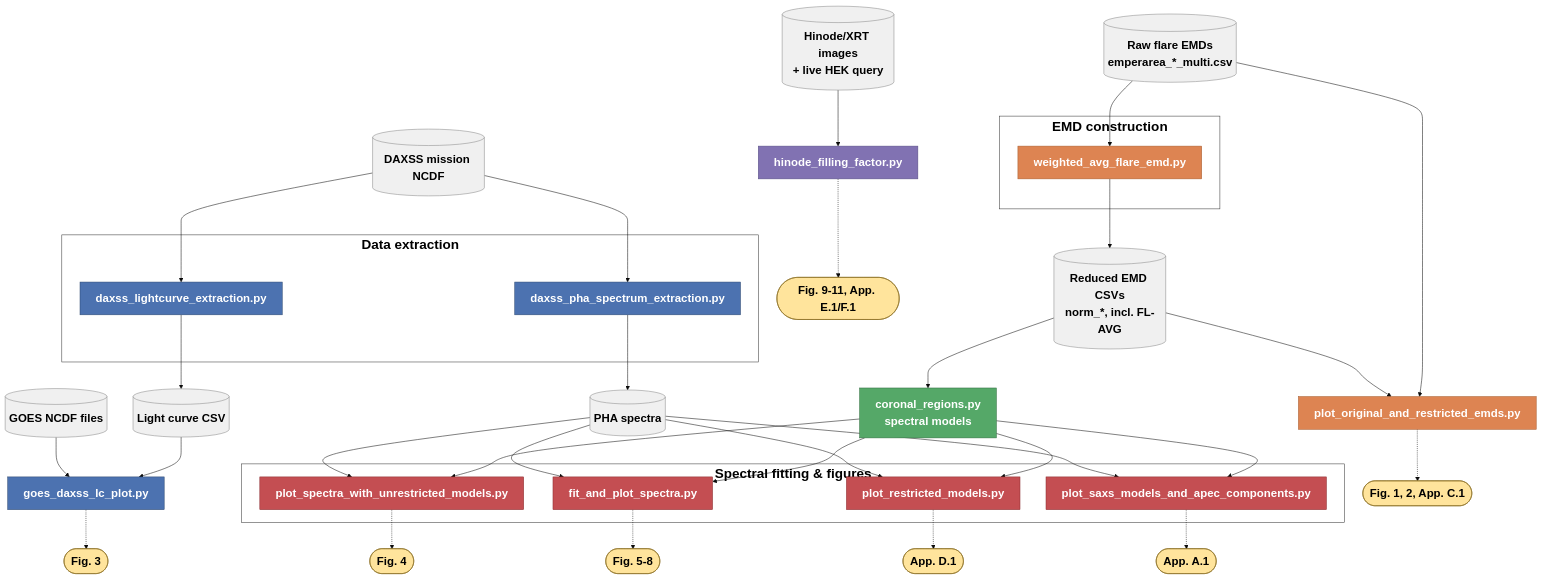
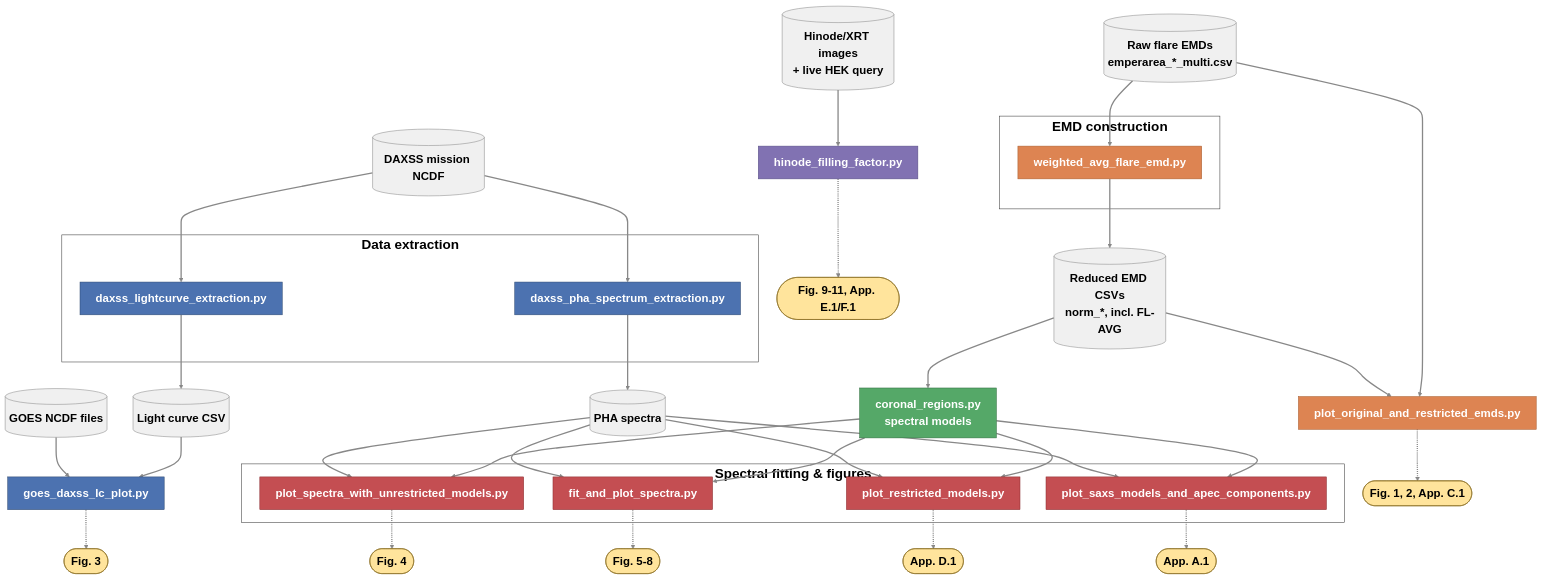
One commit to w-joseph/saxs-solar-spectral-modeling changed the diagram in README.md. Above: the diagram before and after it, drawn with Mermaid.

Commit message:
Fix flowchart arrow color for visibility

````diff
--- a/README.md
+++ b/README.md
@@ -19,76 +19,78 @@
 ```mermaid
 %%{init: {'theme': 'base', 'themeVariables': {'fontSize': '24px'}}}%%
 flowchart TD
+    linkStyle default stroke:#888888,stroke-width:2.5px
+
     classDef extract fill:#4C72B0,stroke:#2C4870,color:#ffffff,font-weight:bold,font-size:22px
     classDef emd fill:#DD8452,stroke:#A85D2E,color:#ffffff,font-weight:bold,font-size:22px
     classDef core fill:#55A868,stroke:#2E6B3E,color:#ffffff,font-weight:bold,font-size:22px
     classDef fit fill:#C44E52,stroke:#8B2E31,color:#ffffff,font-weight:bold,font-size:22px
     classDef image fill:#8172B2,stroke:#564D82,color:#ffffff,font-weight:bold,font-size:22px
     classDef data fill:#f0f0f0,stroke:#888888,color:#000000,font-weight:bold,font-size:22px
     classDef output fill:#FFE49C,stroke:#8A6D1F,color:#000000,font-weight:bold,font-size:22px
     classDef subgraphTitle fill:#ffffff,stroke:#333333,color:#000000,font-weight:bold,font-size:26px
 
     subgraph extraction["Data extraction"]
         A1["daxss_lightcurve_extraction.py"]:::extract
         A2["daxss_pha_spectrum_extraction.py"]:::extract
     end
     class extraction subgraphTitle
 
     DAXSSraw[("DAXSS mission NCDF")]:::data
     LCcsv[("Light curve CSV")]:::data
     PHA[("PHA spectra")]:::data
     GOESraw[("GOES NCDF files")]:::data
 
     DAXSSraw --> A1 --> LCcsv
     DAXSSraw --> A2 --> PHA
 
     GOESplot["goes_daxss_lc_plot.py"]:::extract
     LCcsv --> GOESplot
     GOESraw --> GOESplot
     GOESplot -.-> Fig3(["Fig. 3"]):::output
 
     subgraph emdbuild["EMD construction"]
         WAvg["weighted_avg_flare_emd.py"]:::emd
     end
     class emdbuild subgraphTitle
 
     EMDraw[("Raw flare EMDs<br/>emperarea_*_multi.csv")]:::data
     EMDreduced[("Reduced EMD CSVs<br/>norm_*, incl. FL-AVG")]:::data
 
     EMDraw --> WAvg --> EMDreduced
 
     CR["coronal_regions.py<br/>spectral models"]:::core
     EMDreduced --> CR
 
     EMDplot["plot_original_and_restricted_emds.py"]:::emd
     EMDraw --> EMDplot
     EMDreduced --> EMDplot
     EMDplot -.-> Fig12(["Fig. 1, 2, App. C.1"]):::output
 
     subgraph fitting["Spectral fitting & figures"]
         D1["plot_spectra_with_unrestricted_models.py"]:::fit
         D2["fit_and_plot_spectra.py"]:::fit
         D3["plot_restricted_models.py"]:::fit
         D4["plot_saxs_models_and_apec_components.py"]:::fit
     end
     class fitting subgraphTitle
 
     CR --> D1
     CR --> D2
     CR --> D3
     CR --> D4
     PHA --> D1
     PHA --> D2
     PHA --> D3
     PHA --> D4
 
     D1 -.-> Fig4(["Fig. 4"]):::output
     D2 -.-> Fig58(["Fig. 5-8"]):::output
     D3 -.-> FigD1(["App. D.1"]):::output
     D4 -.-> FigA1(["App. A.1"]):::output
 
     HinodeRaw[("Hinode/XRT images<br/>+ live HEK query")]:::data
     HinodeScript["hinode_filling_factor.py"]:::image
     HinodeRaw --> HinodeScript
     HinodeScript -.-> Fig911(["Fig. 9-11, App. E.1/F.1"]):::output
 ```
````
